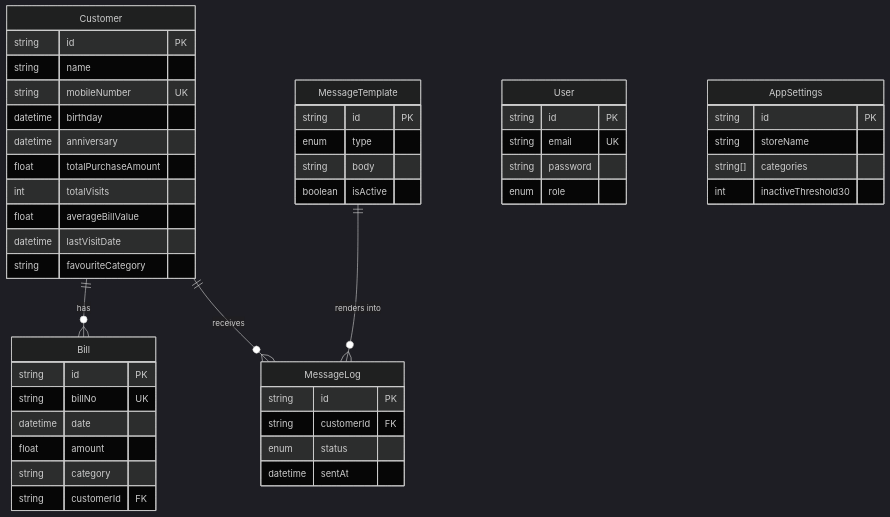
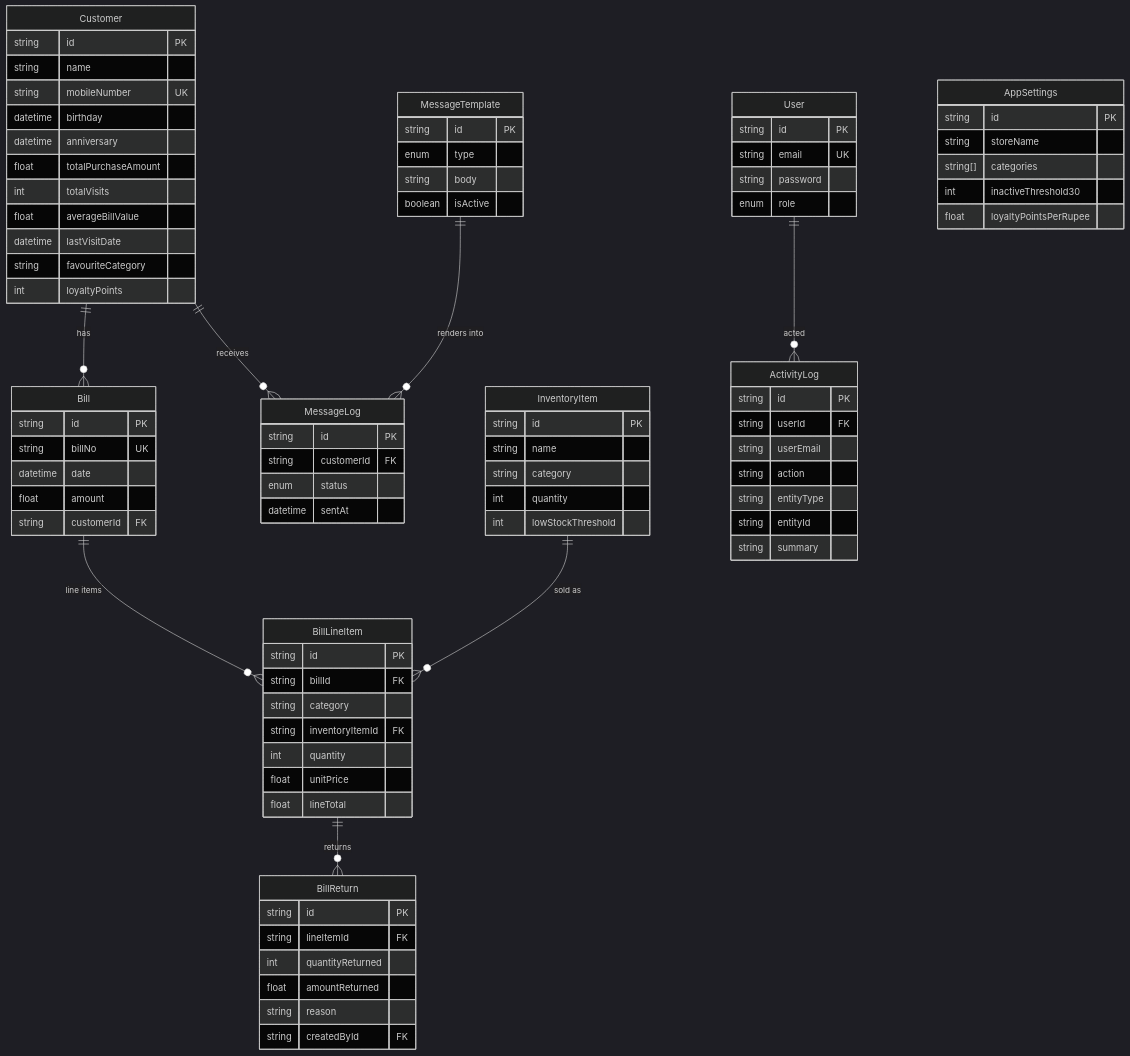
One commit to saransh21122112/kangana-store changed the third of 3 diagrams in README.md. Above: the diagram before and after it, drawn with Mermaid (dark theme). The commit also changed other lines of this file and 36 other files, not shown here.

First line of the commit message:
Add loyalty points, partial returns, multi-item bills, and activity log

````diff
--- a/README.md
+++ b/README.md
@@ -131,6 +131,10 @@
     Customer ||--o{ Bill : "has"
     Customer ||--o{ MessageLog : "receives"
     MessageTemplate ||--o{ MessageLog : "renders into"
+    Bill ||--o{ BillLineItem : "line items"
+    BillLineItem ||--o{ BillReturn : "returns"
+    InventoryItem ||--o{ BillLineItem : "sold as"
+    User ||--o{ ActivityLog : "acted"
 
     Customer {
         string id PK
@@ -143,14 +147,38 @@
         float averageBillValue
         datetime lastVisitDate
         string favouriteCategory
+        int loyaltyPoints
     }
     Bill {
         string id PK
         string billNo UK
         datetime date
         float amount
+        string customerId FK
+    }
+    BillLineItem {
+        string id PK
+        string billId FK
         string category
-        string customerId FK
+        string inventoryItemId FK
+        int quantity
+        float unitPrice
+        float lineTotal
+    }
+    BillReturn {
+        string id PK
+        string lineItemId FK
+        int quantityReturned
+        float amountReturned
+        string reason
+        string createdById FK
+    }
+    InventoryItem {
+        string id PK
+        string name
+        string category
+        int quantity
+        int lowStockThreshold
     }
     MessageTemplate {
         string id PK
@@ -175,5 +203,15 @@
         string storeName
         string[] categories
         int inactiveThreshold30
+        float loyaltyPointsPerRupee
+    }
+    ActivityLog {
+        string id PK
+        string userId FK
+        string userEmail
+        string action
+        string entityType
+        string entityId
+        string summary
     }
 ```
````
